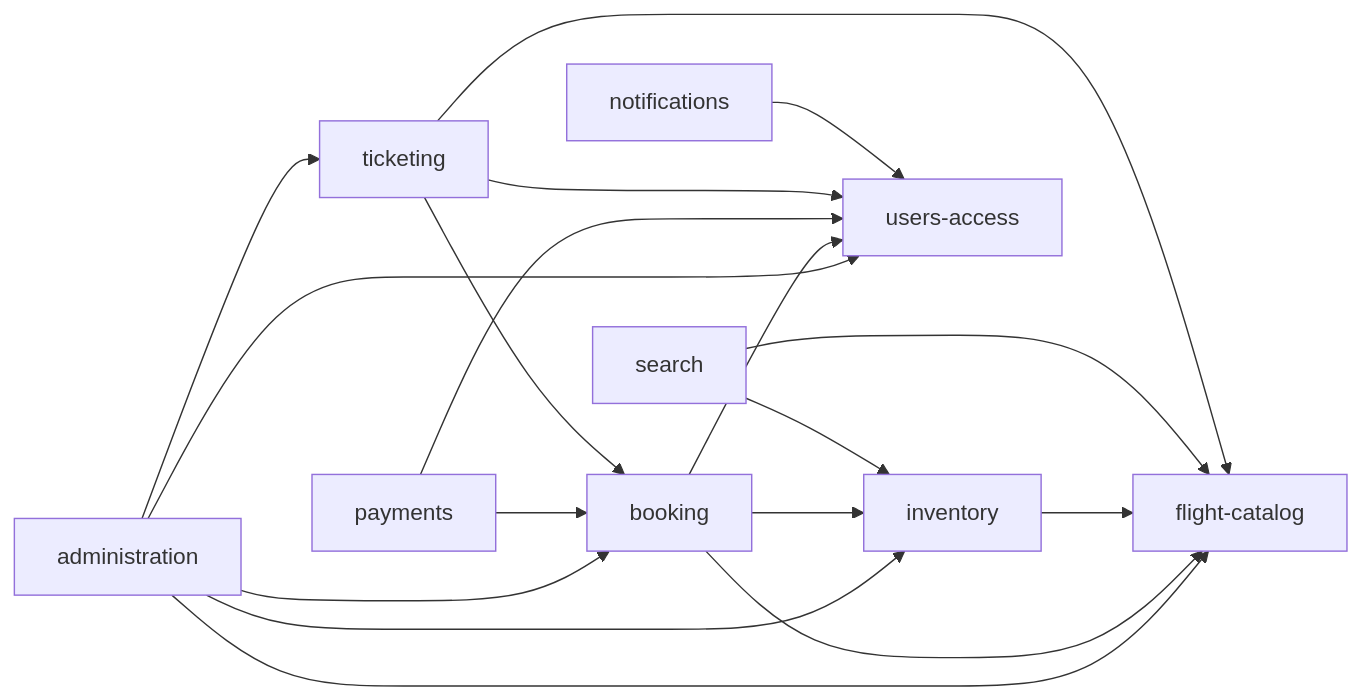
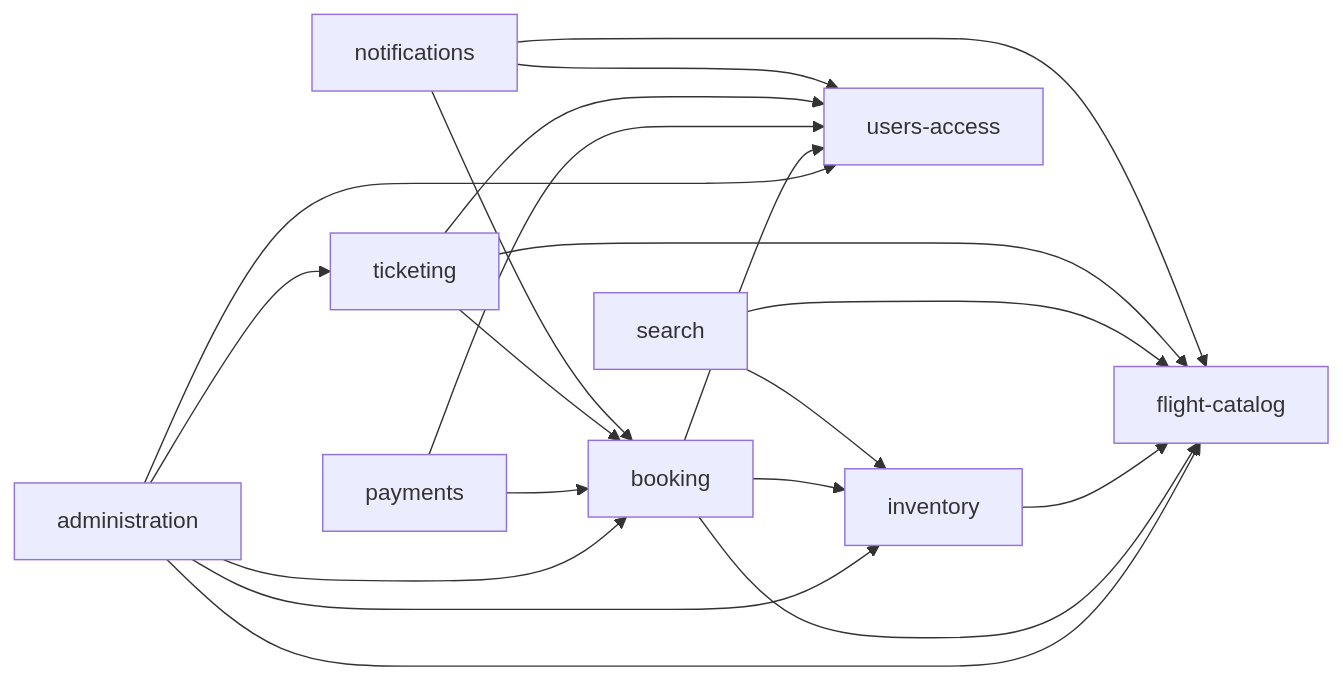
One commit to Yassin-Hegazy/flight-system changed the diagram in README.md. Above: the diagram before and after it, drawn with Mermaid. The commit also changed other lines of this file and 1 other file, not shown here.

Commit message:
docs: Notifications ports are wired; Adapter is used in Payments and Notifications

````diff
--- a/README.md
+++ b/README.md
@@ -108,10 +108,10 @@
 ```mermaid
 flowchart LR
   administration --> booking & catalog[flight-catalog] & inventory & ticketing & users[users-access]
   booking --> catalog & inventory & users
   inventory --> catalog
   search --> catalog & inventory
   payments --> booking & users
   ticketing --> booking & catalog & users
-  notifications --> users
+  notifications --> booking & catalog & users
 ```
````
